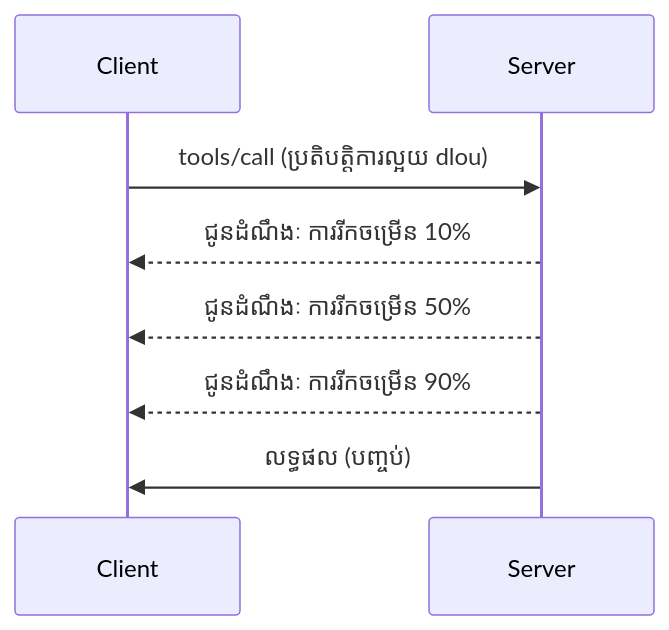
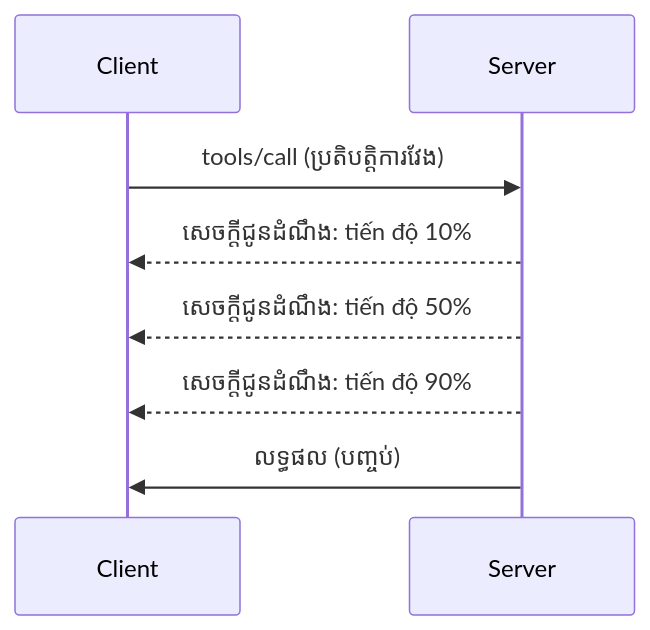
One commit to HIDORAKAI002/ai-workspace-archive changed the diagram in mcp_ecosystem__model_context_protocol/mcp_learning_resources/mcp-for-beginners/translations/km/05-AdvancedTopics/mcp-protocol-features/README.md. Above: the diagram before and after it, drawn with Mermaid. The commit also changed other lines of this file and 1046 other files, not shown here.

````diff
--- a/mcp_ecosystem__model_context_protocol/mcp_learning_resources/mcp-for-beginners/translations/km/05-AdvancedTopics/mcp-protocol-features/README.md
+++ b/mcp_ecosystem__model_context_protocol/mcp_learning_resources/mcp-for-beginners/translations/km/05-AdvancedTopics/mcp-protocol-features/README.md
@@ -22,11 +24,11 @@
 ```mermaid
 sequenceDiagram
     participant Client
     participant Server
     
-    Client->>Server: tools/call (ប្រតិបត្តិការល្អយ dlou)
-    Server-->>Client: ជូនដំណឹងៈ ការរីកចម្រើន 10%
-    Server-->>Client: ជូនដំណឹងៈ ការរីកចម្រើន 50%
-    Server-->>Client: ជូនដំណឹងៈ ការរីកចម្រើន 90%
+    Client->>Server: tools/call (ប្រតិបត្តិការវែង)
+    Server-->>Client: សេចក្តីជូនដំណឹង: tiến độ 10%
+    Server-->>Client: សេចក្តីជូនដំណឹង: tiến độ 50%
+    Server-->>Client: សេចក្តីជូនដំណឹង: tiến độ 90%
     Server->>Client: លទ្ធផល (បញ្ចប់)
 ```
````
